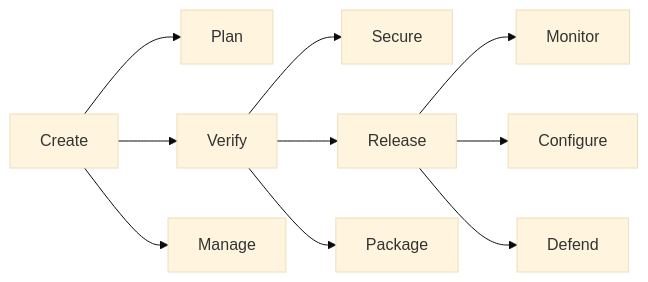
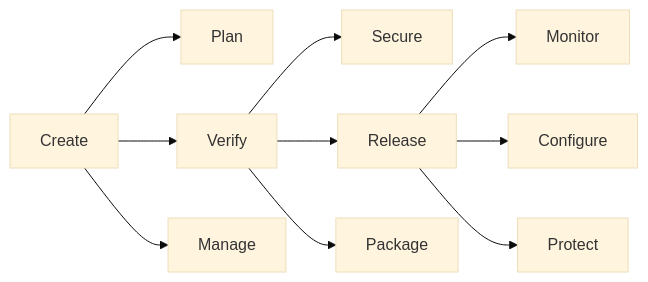
One commit to secretstartups/handbook changed the second of 2 diagrams in product/growth/index.html.md. Above: the diagram before and after it, drawn with Mermaid (base theme). The commit also changed 6 other files, not shown here.

````diff
--- a/product/growth/index.html.md
+++ b/product/growth/index.html.md
@@ -108,12 +108,12 @@
 ``` mermaid
 graph LR
     Create --> Plan
     Verify --> Secure
     Create --> Manage
     Create --> Verify
     Verify --> Release
     Verify --> Package
     Release --> Monitor
     Release --> Configure
-    Release --> Defend
+    Release --> Protect
 ```
````
